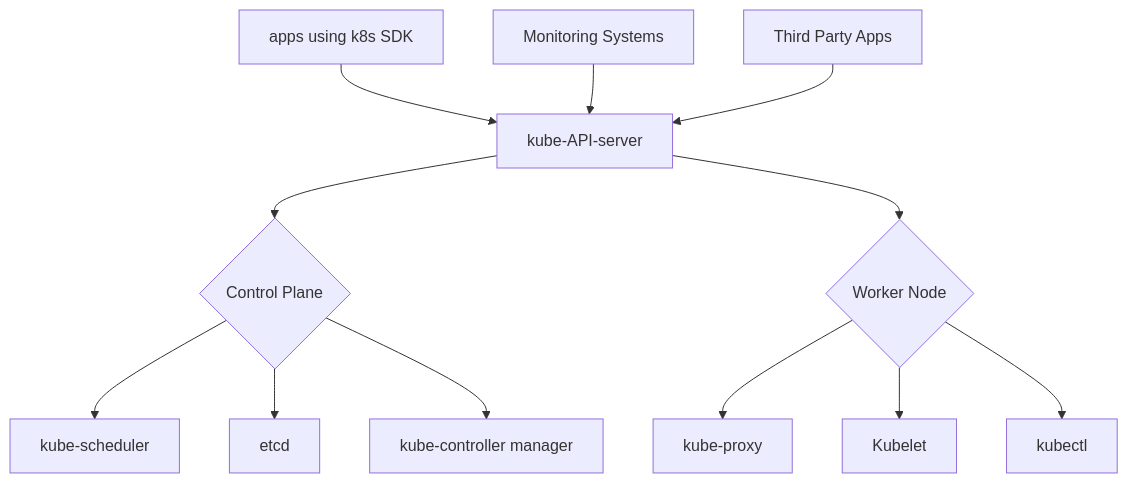
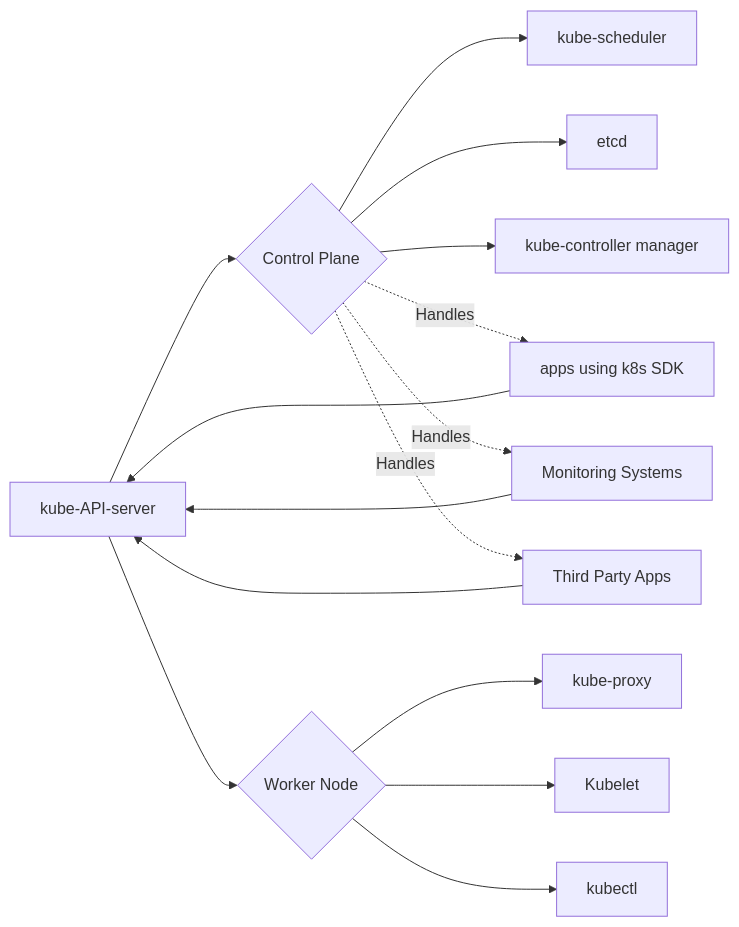
The first of 2 diagrams in Architecture_Overview.md (007chiragshah/tucana), drawn with Mermaid before and after one commit. The commit also changed other lines of this file, not shown here.

````diff
--- a/Architecture_Overview.md
+++ b/Architecture_Overview.md
@@ -20,16 +20,20 @@
   ```mermaid 
-  graph TD
+  graph LR
     A[kube-API-server] --> B{Control Plane}
     B --> C[kube-scheduler]
     B --> D[etcd]
     B --> E[kube-controller manager]
 
     A --> F{Worker Node}
     F --> G[kube-proxy]
     F --> H[Kubelet]
     F --> I[kubectl]
 
     J[apps using k8s SDK] --> A
     K[Monitoring Systems] --> A
     L[Third Party Apps] --> A
+
+    B -.->|Handles| J
+    B -.->|Handles| K
+    B -.->|Handles| L
   ```
````
